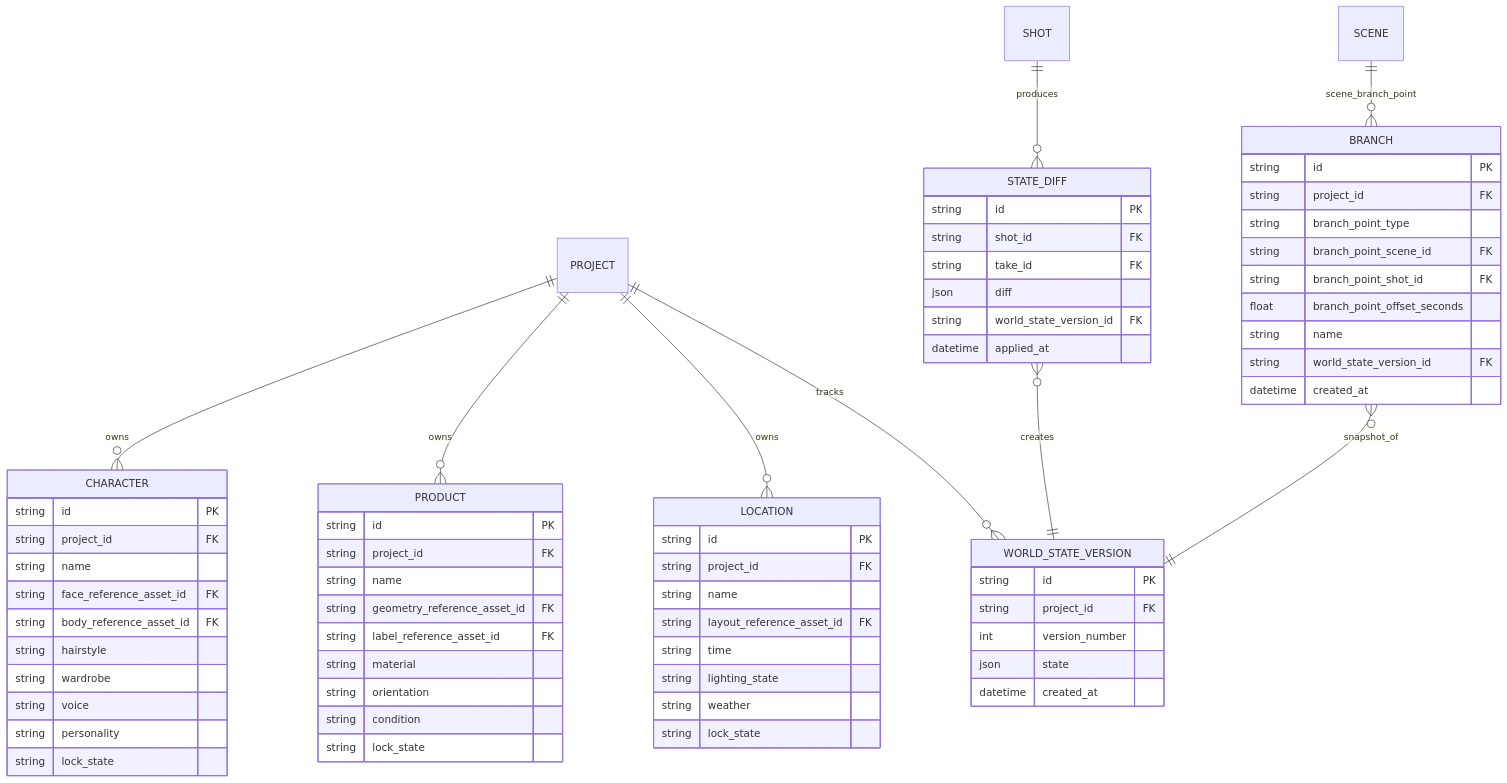
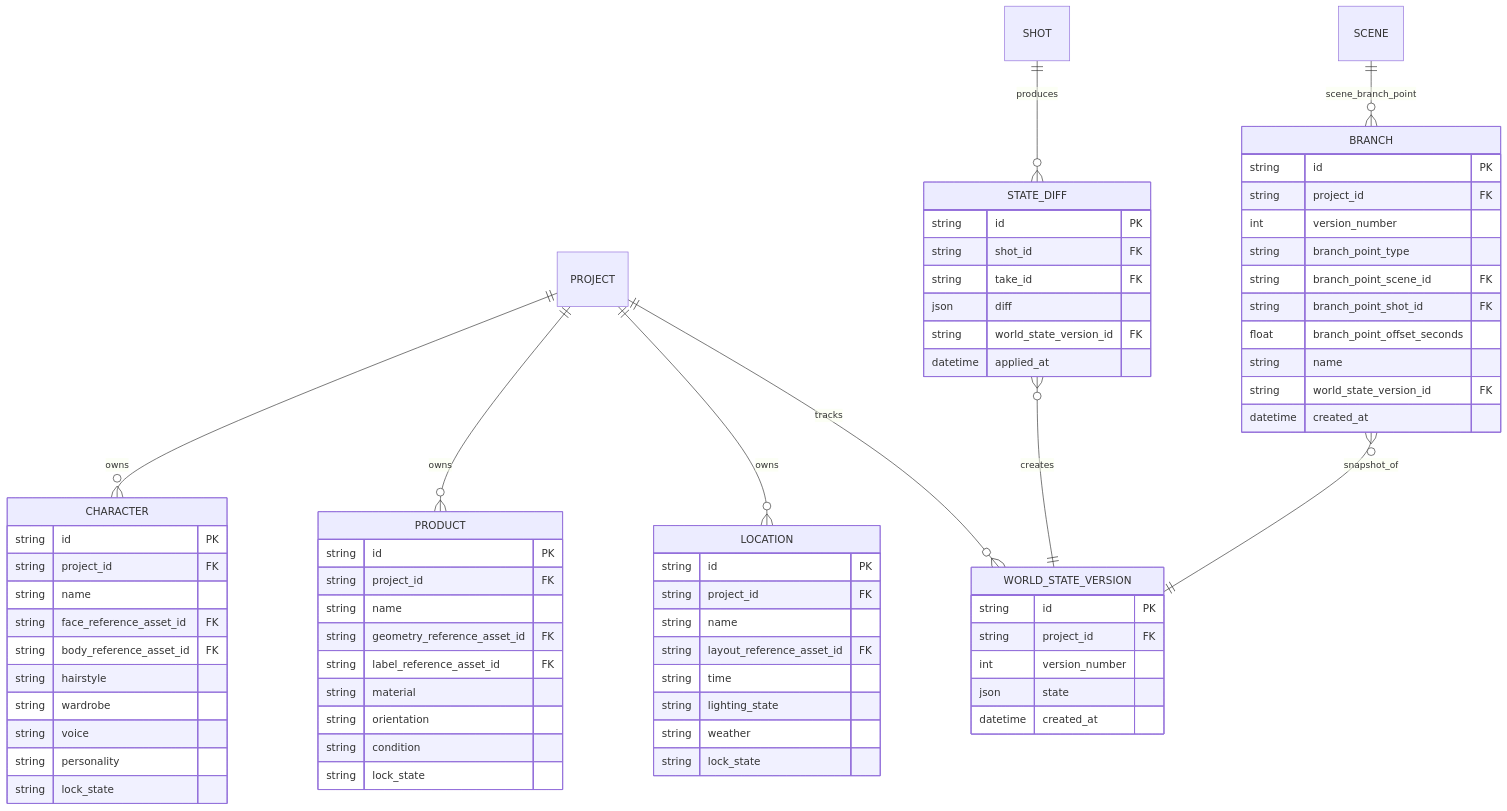
Before and after one commit to ousiassllc/mam: the third of 5 diagrams in spec/architecture/er.md, drawn with Mermaid. The commit also changed other lines of this file, not shown here.

````diff
--- a/spec/architecture/er.md
+++ b/spec/architecture/er.md
@@ -126,71 +126,72 @@
 ```mermaid
 erDiagram
     PROJECT ||--o{ CHARACTER : owns
     PROJECT ||--o{ PRODUCT : owns
     PROJECT ||--o{ LOCATION : owns
     PROJECT ||--o{ WORLD_STATE_VERSION : tracks
     SHOT ||--o{ STATE_DIFF : produces
     STATE_DIFF }o--|| WORLD_STATE_VERSION : creates
     BRANCH }o--|| WORLD_STATE_VERSION : snapshot_of
     SCENE ||--o{ BRANCH : scene_branch_point
 
     CHARACTER {
         string id PK
         string project_id FK
         string name
         string face_reference_asset_id FK
         string body_reference_asset_id FK
         string hairstyle
         string wardrobe
         string voice
         string personality
         string lock_state
     }
     PRODUCT {
         string id PK
         string project_id FK
         string name
         string geometry_reference_asset_id FK
         string label_reference_asset_id FK
         string material
         string orientation
         string condition
         string lock_state
     }
     LOCATION {
         string id PK
         string project_id FK
         string name
         string layout_reference_asset_id FK
         string time
         string lighting_state
         string weather
         string lock_state
     }
     WORLD_STATE_VERSION {
         string id PK
         string project_id FK
         int version_number
         json state
         datetime created_at
     }
     STATE_DIFF {
         string id PK
         string shot_id FK
         string take_id FK
         json diff
         string world_state_version_id FK
         datetime applied_at
     }
     BRANCH {
         string id PK
         string project_id FK
+        int version_number
         string branch_point_type
         string branch_point_scene_id FK
         string branch_point_shot_id FK
         float branch_point_offset_seconds
         string name
         string world_state_version_id FK
         datetime created_at
     }
 ```
````
